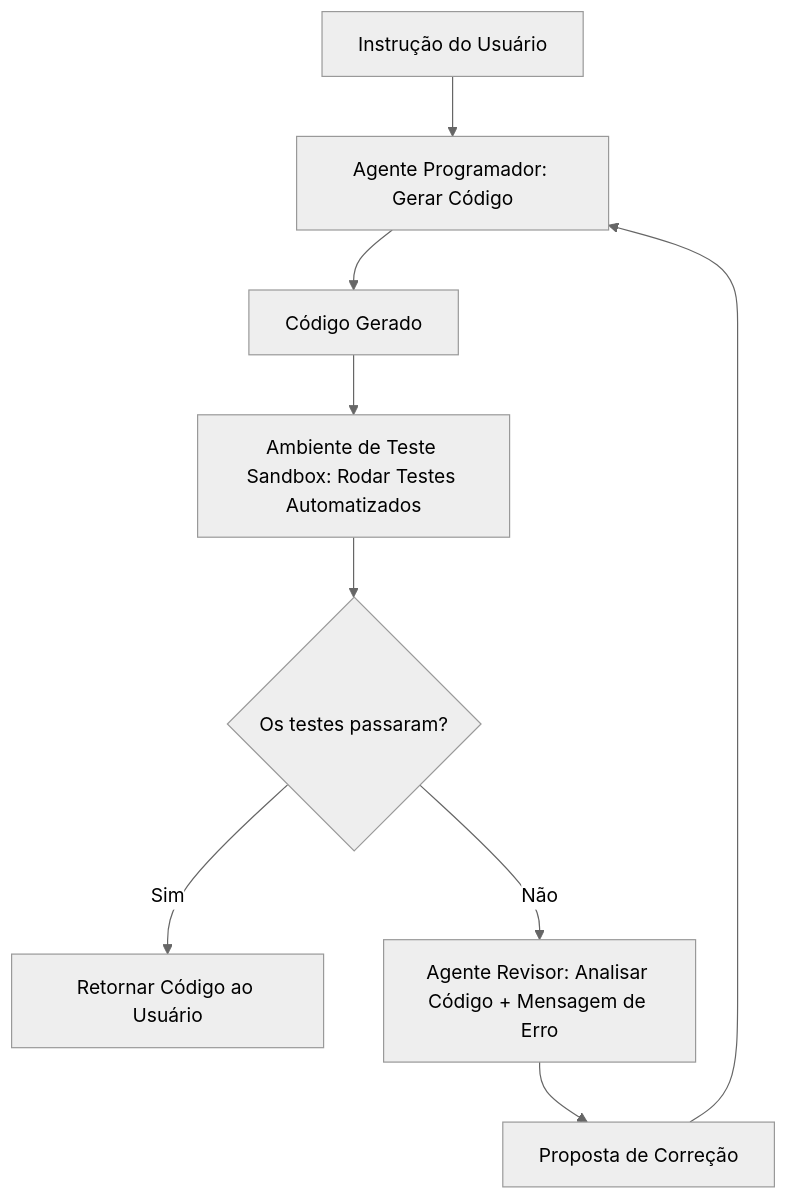
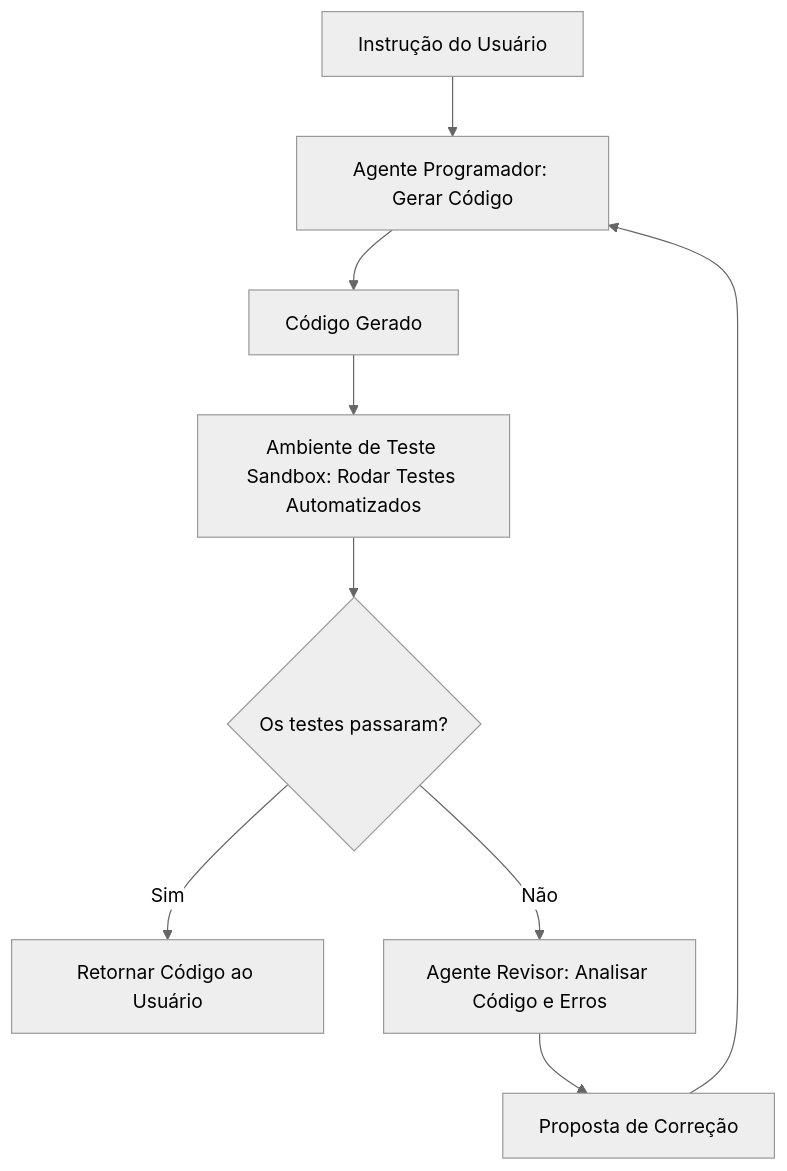
One commit to gsantosc18/so-resta-estudar changed the diagram in ai-development/03-agentic-systems/01-agentic-workflows-and-patterns.md. Above: the diagram before and after it, drawn with Mermaid (neutral theme). The commit also changed 6 other files, not shown here.

Commit message:
style: standardize Mermaid diagram node labels and streamline sequence descriptions across documentation files

````diff
--- a/ai-development/03-agentic-systems/01-agentic-workflows-and-patterns.md
+++ b/ai-development/03-agentic-systems/01-agentic-workflows-and-patterns.md
@@ -35,11 +35,11 @@
 ```mermaid
 flowchart TD
-    A[Instrução do Usuário] --> B[Agente Programador: Gerar Código]
-    B --> C[Código Gerado]
-    C --> D[Ambiente de Teste Sandbox: Rodar Testes Automatizados]
-    D --> E{Os testes passaram?}
-    E -- Sim --> F[Retornar Código ao Usuário]
-    E -- Não --> G[Agente Revisor: Analisar Código + Mensagem de Erro]
-    G --> H[Proposta de Correção]
+    A["Instrução do Usuário"] --> B["Agente Programador: Gerar Código"]
+    B --> C["Código Gerado"]
+    C --> D["Ambiente de Teste Sandbox: Rodar Testes Automatizados"]
+    D --> E{"Os testes passaram?"}
+    E -- Sim --> F["Retornar Código ao Usuário"]
+    E -- Não --> G["Agente Revisor: Analisar Código e Erros"]
+    G --> H["Proposta de Correção"]
     H --> B
 ```
````
